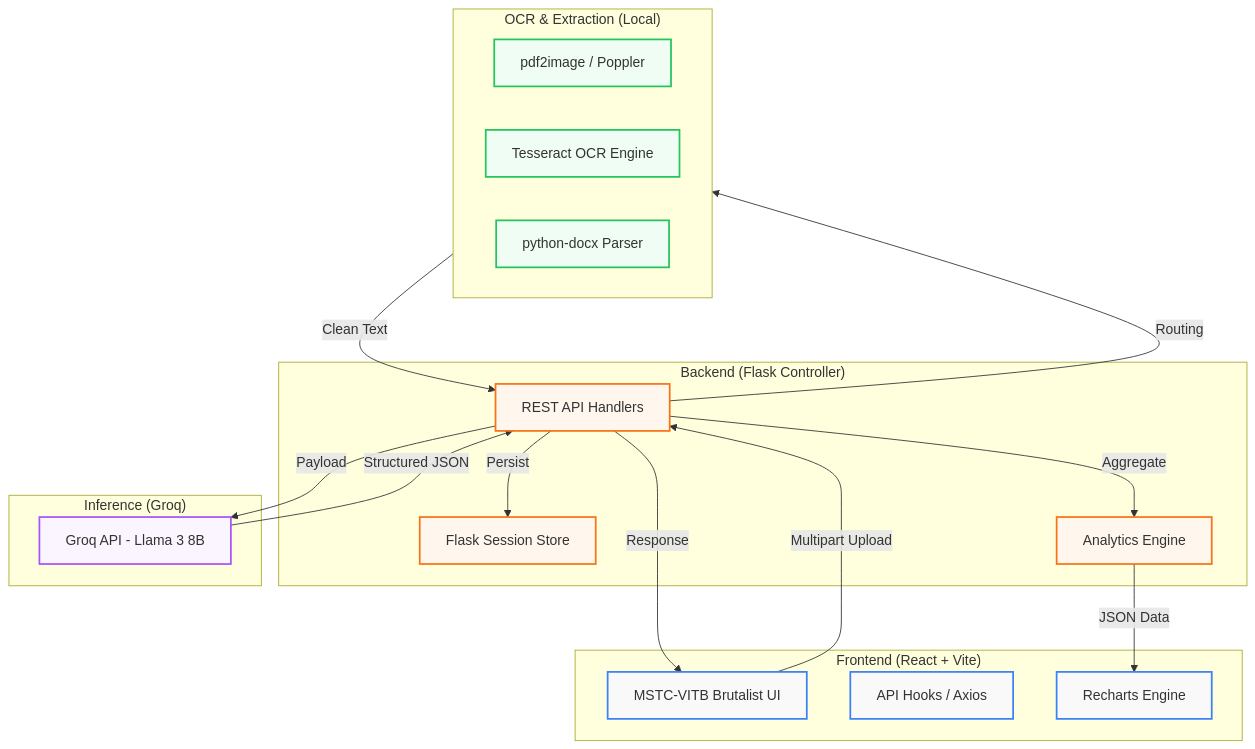
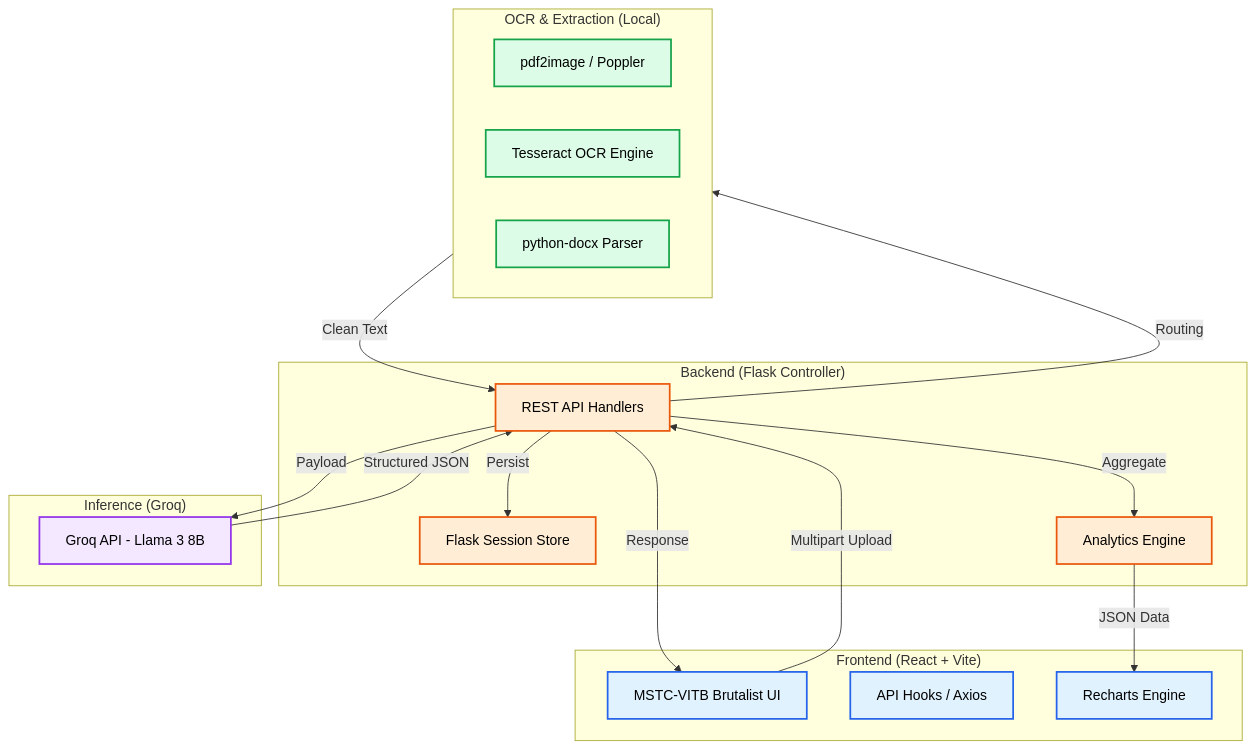
Before and after one commit to ShaikhWarsi/TeachCoPilot: the first of 5 diagrams in README.md, drawn with Mermaid. The commit also changed other lines of this file, not shown here.

Commit message:
Updated diagrams in README

````diff
--- a/README.md
+++ b/README.md
@@ -53,41 +53,41 @@
 ```mermaid
 graph TB
     %% Styling
-    classDef client fill:#f9f9f9,stroke:#3b82f6,stroke-width:2px;
-    classDef flask fill:#fff7ed,stroke:#f97316,stroke-width:2px;
-    classDef ocr fill:#f0fdf4,stroke:#22c55e,stroke-width:2px;
-    classDef ai fill:#faf5ff,stroke:#a855f7,stroke-width:2px;
+    classDef client fill:#e0f2fe,stroke:#2563eb,stroke-width:2px,color:#000;
+    classDef flask fill:#ffedd5,stroke:#ea580c,stroke-width:2px,color:#000;
+    classDef ocr fill:#dcfce7,stroke:#16a34a,stroke-width:2px,color:#000;
+    classDef ai fill:#f3e8ff,stroke:#9333ea,stroke-width:2px,color:#000;
 
     subgraph Client_Layer ["Frontend (React + Vite)"]
         UI[MSTC-VITB Brutalist UI]:::client
         Hooks[API Hooks / Axios]:::client
         Charts[Recharts Engine]:::client
     end
 
     subgraph Server_Layer ["Backend (Flask Controller)"]
         API[REST API Handlers]:::flask
         Sess[Flask Session Store]:::flask
         AEngine[Analytics Engine]:::flask
     end
 
     subgraph Processing_Layer ["OCR & Extraction (Local)"]
         P2I[pdf2image / Poppler]:::ocr
         Tess[Tesseract OCR Engine]:::ocr
         DocX[python-docx Parser]:::ocr
     end
 
     subgraph AI_Layer ["Inference (Groq)"]
         Groq[Groq API - Llama 3 8B]:::ai
     end
 
     %% Flow
     UI -->|Multipart Upload| API
     API -->|Routing| Processing_Layer
     Processing_Layer -->|Clean Text| API
     API -->|Payload| Groq
     Groq -->|Structured JSON| API
     API -->|Persist| Sess
     API -->|Aggregate| AEngine
     AEngine -->|JSON Data| Charts
     API -->|Response| UI
 ```
````
